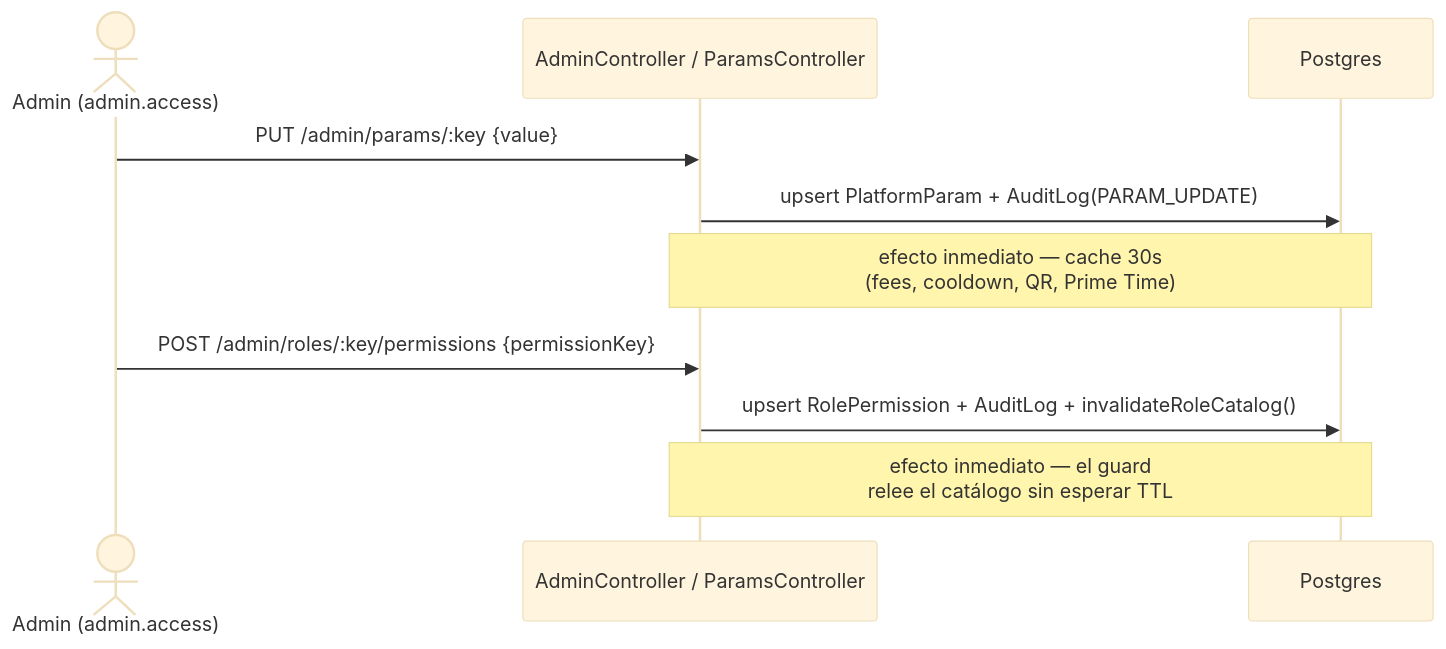
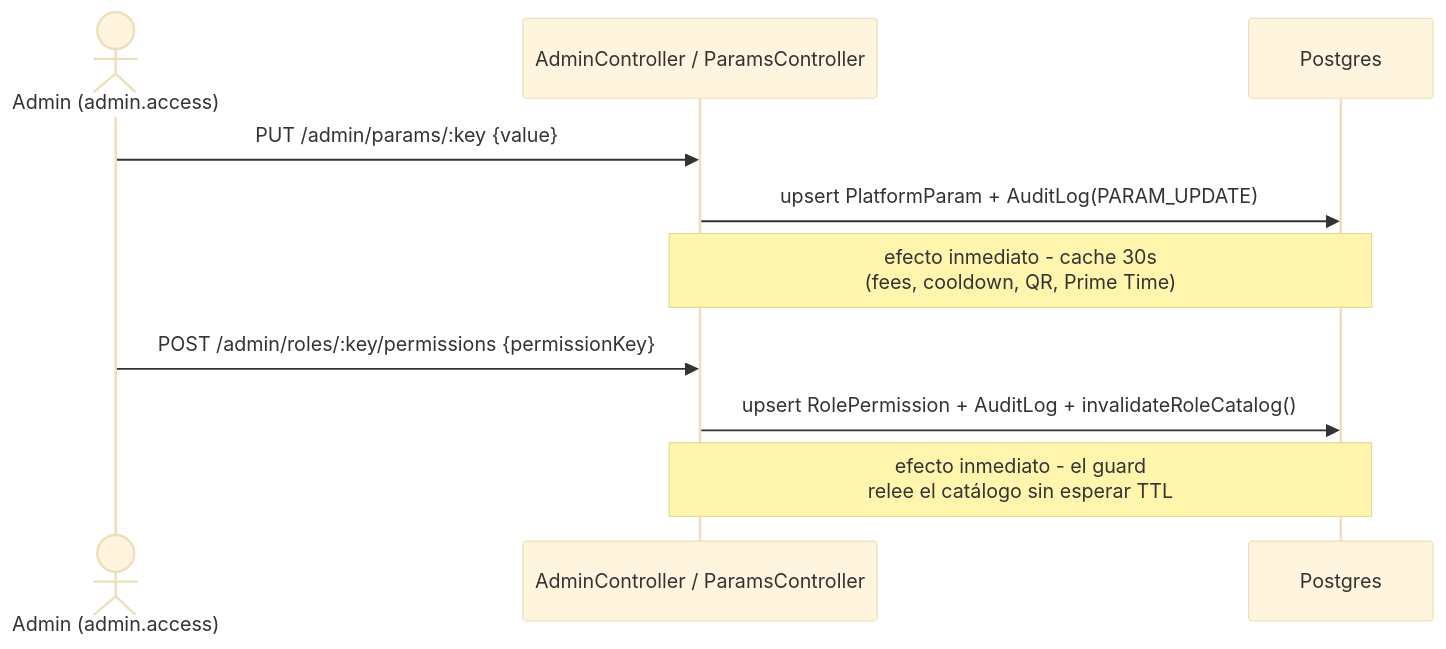
Before and after one commit to EduardoSalasG/omnidance: diagram 11 of 31 in docs/flows.md, drawn with Mermaid (base theme). The commit also changed other lines of this file and 436 other files, not shown here.

````diff
--- a/docs/flows.md
+++ b/docs/flows.md
@@ -225,13 +225,13 @@
 ```mermaid
 sequenceDiagram
     actor Ad as Admin (admin.access)
     participant API as AdminController / ParamsController
     participant DB as Postgres
 
     Ad->>API: PUT /admin/params/:key {value}
     API->>DB: upsert PlatformParam + AuditLog(PARAM_UPDATE)
-    Note over API,DB: efecto inmediato — cache 30s<br/>(fees, cooldown, QR, Prime Time)
+    Note over API,DB: efecto inmediato - cache 30s<br/>(fees, cooldown, QR, Prime Time)
     Ad->>API: POST /admin/roles/:key/permissions {permissionKey}
     API->>DB: upsert RolePermission + AuditLog + invalidateRoleCatalog()
-    Note over API,DB: efecto inmediato — el guard<br/>relee el catálogo sin esperar TTL
+    Note over API,DB: efecto inmediato - el guard<br/>relee el catálogo sin esperar TTL
 ```
````
